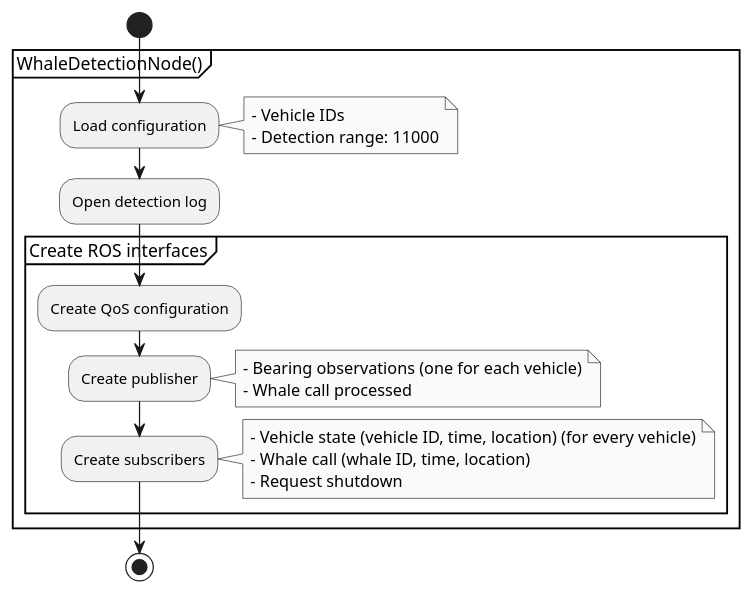
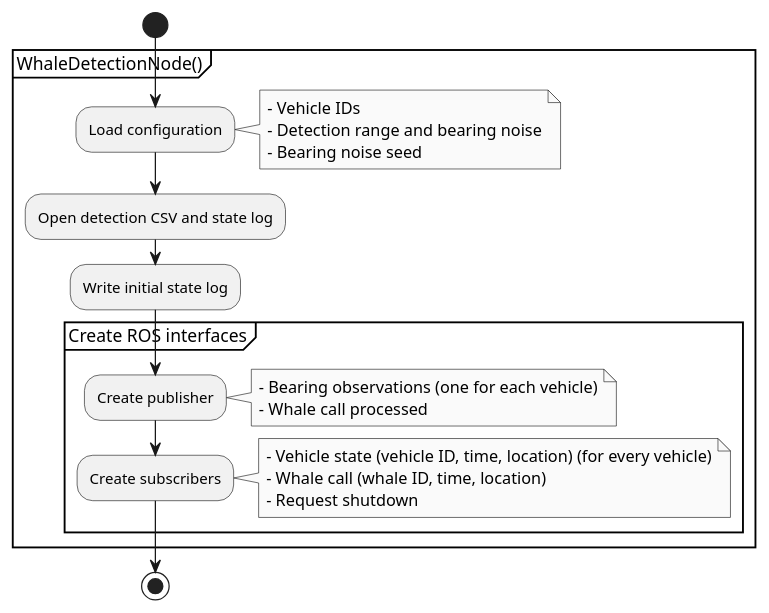
One commit to Tebcherani/MANTA changed the diagram in components/manta_acoustics/docs/whale_detection_init.puml. Above: the diagram before and after it, drawn with PlantUML. The commit also changed 7 other files, not shown here.

```diff
--- a/components/manta_acoustics/docs/whale_detection_init.puml
+++ b/components/manta_acoustics/docs/whale_detection_init.puml
@@ -1,38 +1,38 @@
 @startuml
 
 skinparam monochrome true
 skinparam shadowing false
 skinparam svgLinkTarget _self
 
 start
 
 partition "WhaleDetectionNode()" {
     :Load configuration;
     note right
         - Vehicle IDs
-        - Detection range: 11000
+        - Detection range and bearing noise
+        - Bearing noise seed
     end note
 
-    :Open detection log;
+    :Open detection CSV and state log;
+    :Write initial state log;
 
     partition "Create ROS interfaces" {
-        :Create QoS configuration;
-
         :Create publisher;
         note right
             - Bearing observations (one for each vehicle)
             - Whale call processed
         end note
 
         :Create subscribers;
         note right
             - Vehicle state (vehicle ID, time, location) (for every vehicle)
             - Whale call (whale ID, time, location)
             - Request shutdown
         end note
     }
 }
 
 stop
 
 @enduml
```
